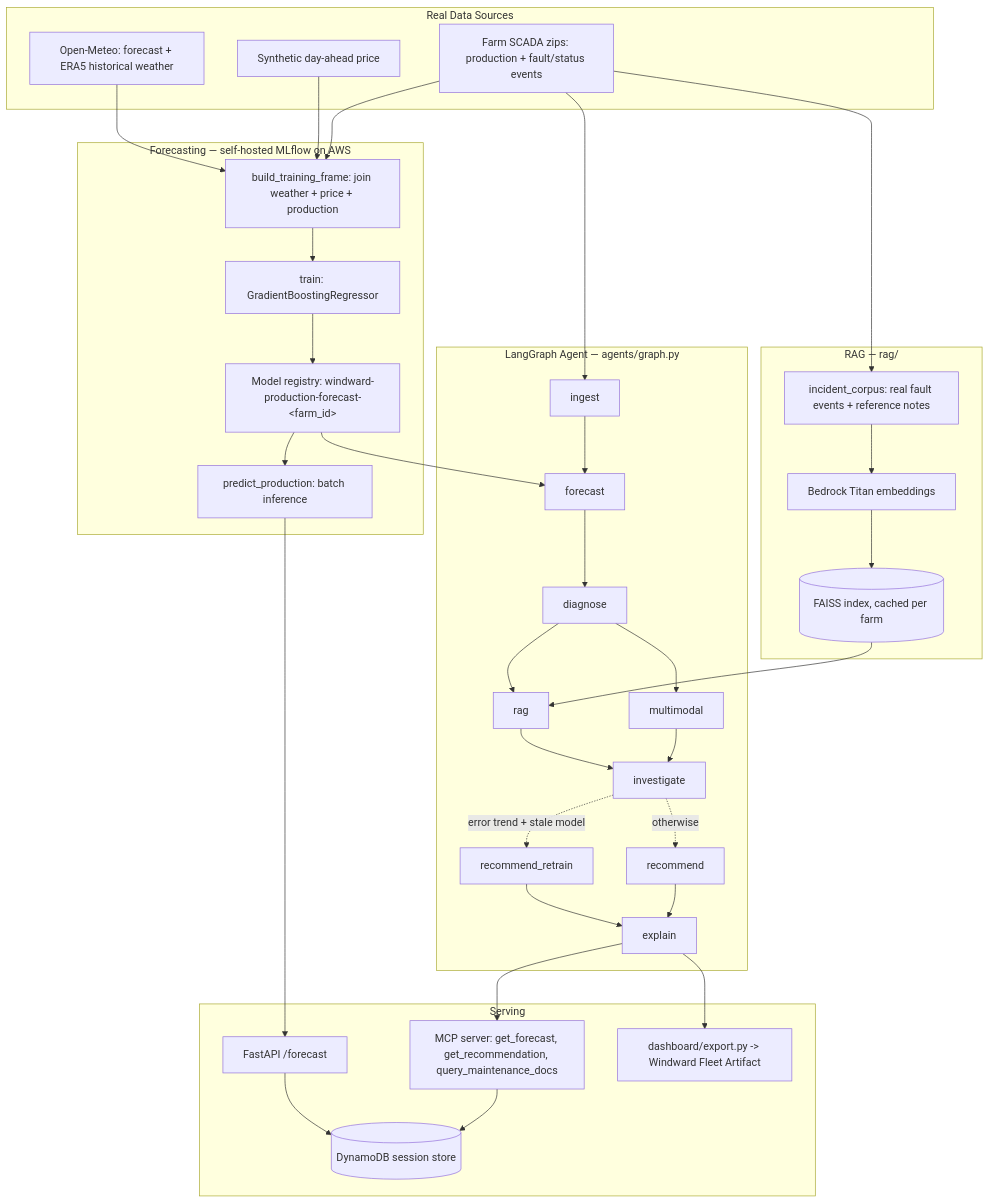
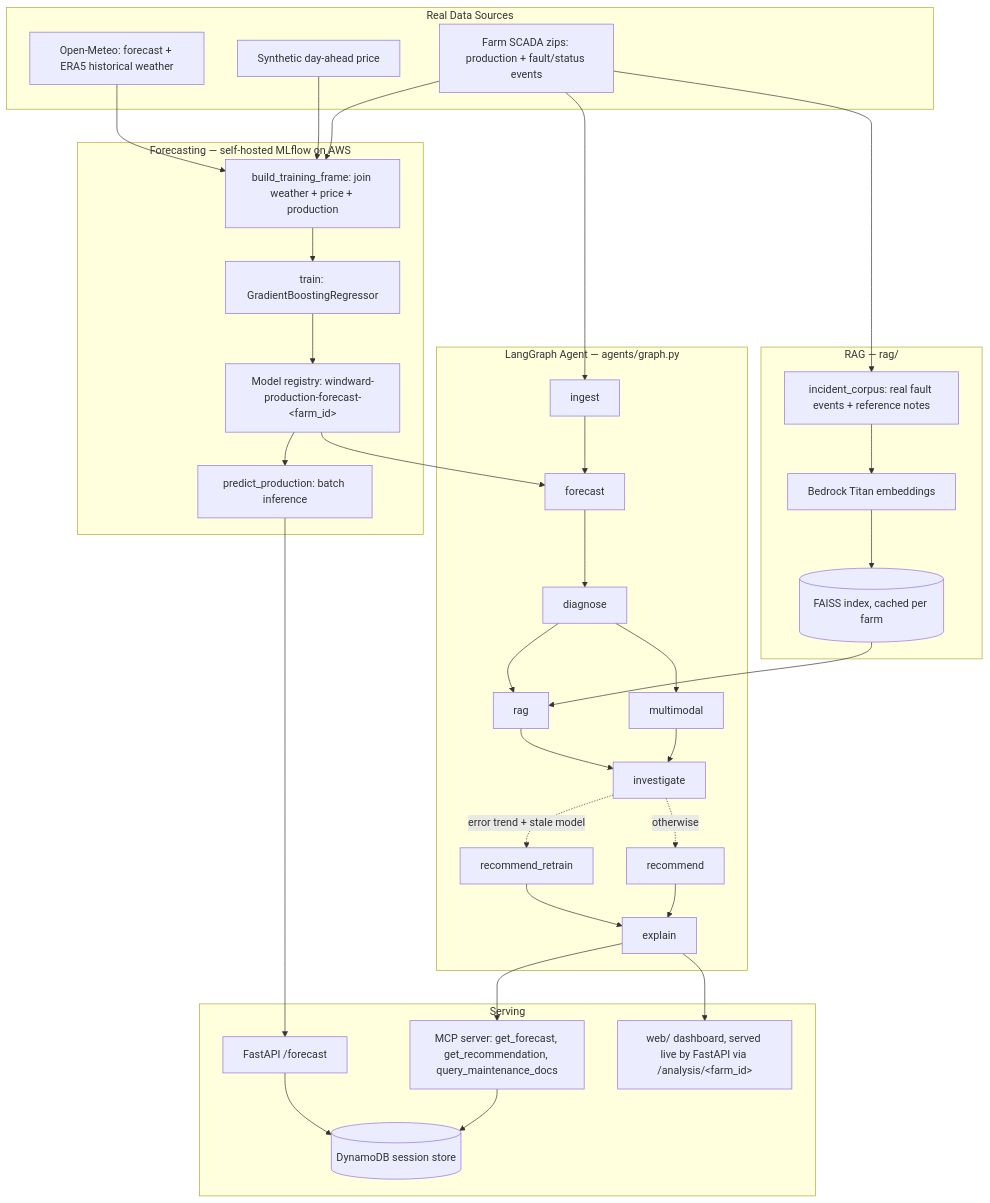
The first of 2 diagrams in README.md (fborbon/windward), drawn with Mermaid before and after one commit. The commit also changed other lines of this file, not shown here.

First line of the commit message:
Fix stale README claims about the dashboard chat and export path

````diff
--- a/README.md
+++ b/README.md
@@ -60,60 +60,60 @@
 ```mermaid
 flowchart TD
     subgraph Sources [Real Data Sources]
         M[Open-Meteo: forecast + ERA5 historical weather]
         P[Synthetic day-ahead price]
         C[Farm SCADA zips: production + fault/status events]
     end
 
     subgraph Forecasting [Forecasting — self-hosted MLflow on AWS]
         F1[build_training_frame: join weather + price + production]
         F2[train: GradientBoostingRegressor]
         F3[Model registry: windward-production-forecast-&lt;farm_id&gt;]
         F4[predict_production: batch inference]
     end
 
     subgraph Agent [LangGraph Agent — agents/graph.py]
         A1[ingest]
         A2[forecast]
         A3[diagnose]
         A4[rag]
         A5[multimodal]
         A6i[investigate]
         A6[recommend]
         A6r[recommend_retrain]
         A7[explain]
     end
 
     subgraph RAGStack [RAG — rag/]
         R1[incident_corpus: real fault events + reference notes]
         R2[Bedrock Titan embeddings]
         R3[(FAISS index, cached per farm)]
     end
 
     subgraph Serving
         API[FastAPI /forecast]
         MCP[MCP server: get_forecast, get_recommendation, query_maintenance_docs]
-        DASH[dashboard/export.py -&gt; Windward Fleet Artifact]
+        DASH[web/ dashboard, served live by FastAPI via /analysis/&lt;farm_id&gt;]
         SESS[(DynamoDB session store)]
     end
 
     M --> F1
     P --> F1
     C --> F1
     F1 --> F2 --> F3
     F3 --> F4 --> API
     F3 --> A2
     C --> A1
     C --> R1 --> R2 --> R3
     R3 --> A4
     A1 --> A2 --> A3 --> A4 --> A6i
     A3 --> A5 --> A6i
     A6i -.->|"error trend + stale model"| A6r
     A6i -.->|"otherwise"| A6
     A6 --> A7
     A6r --> A7
     A7 --> MCP
     A7 --> DASH
     API --> SESS
     MCP --> SESS
 ```
````
